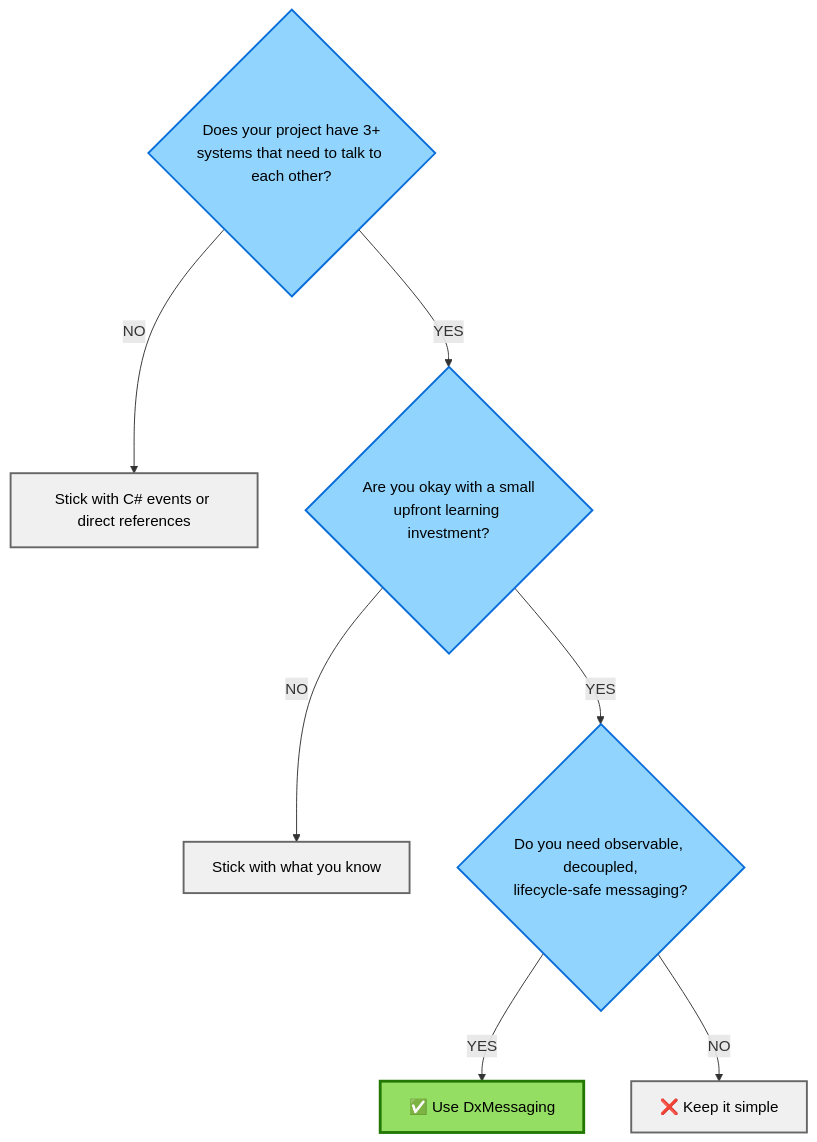
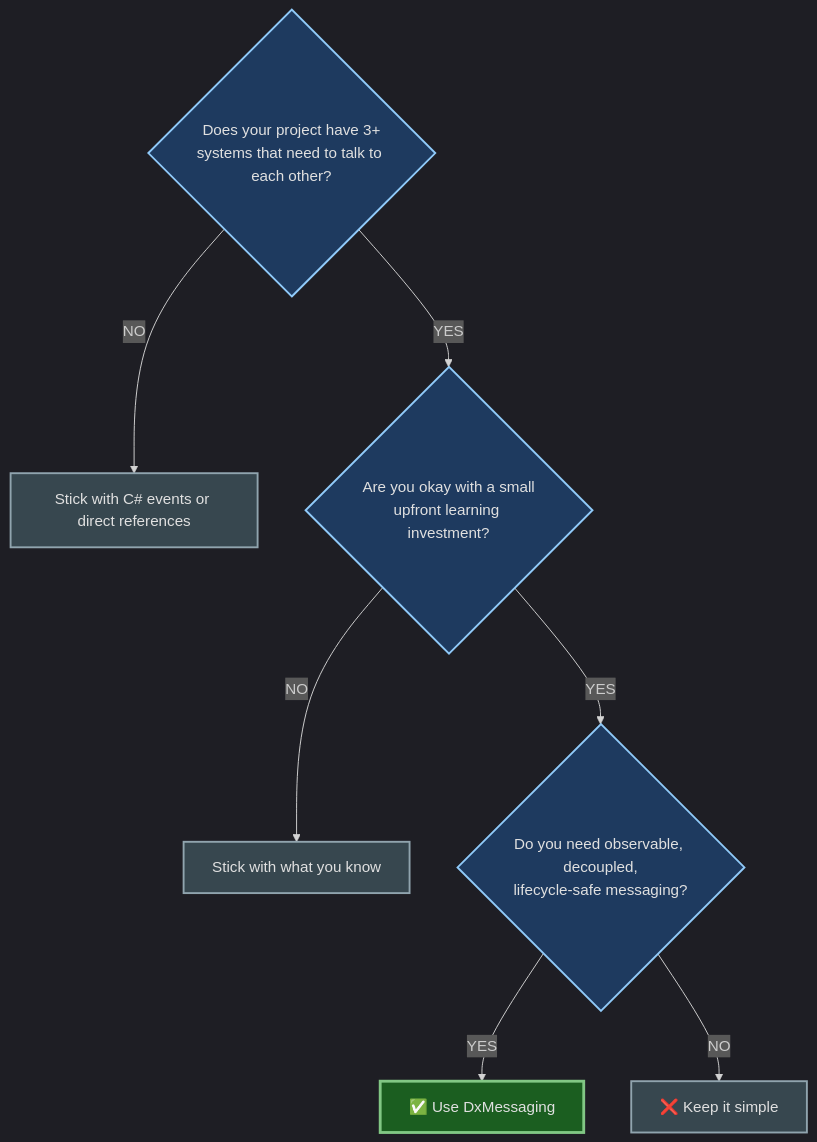
One commit to wallstop/DxMessaging changed the first of 2 diagrams in README.md. Above: the diagram before and after it, drawn with Mermaid. The commit also changed other lines of this file and 24 other files, not shown here.

Commit message:
Mermaid overhaul, change most test assemblies to be editor

````diff
--- a/README.md
+++ b/README.md
@@ -221,22 +221,23 @@
 ```mermaid
+%%{init: {'theme': 'dark'}}%%
 flowchart TD
     Q1{Does your project have 3+<br/>systems that need to talk to each other?}
     Q1 -->|NO| A1[Stick with C# events or direct references]
     Q1 -->|YES| Q2
 
     Q2{Are you okay with a small<br/>upfront learning investment?}
     Q2 -->|NO| A2[Stick with what you know]
     Q2 -->|YES| Q3
 
     Q3{Do you need observable, decoupled,<br/>lifecycle-safe messaging?}
     Q3 -->|YES| A3["✅ Use DxMessaging"]
     Q3 -->|NO| A4["❌ Keep it simple"]
 
-    style Q1 fill:#91d5ff,stroke:#096dd9,stroke-width:2px,color:#000
-    style Q2 fill:#91d5ff,stroke:#096dd9,stroke-width:2px,color:#000
-    style Q3 fill:#91d5ff,stroke:#096dd9,stroke-width:2px,color:#000
-    style A1 fill:#f0f0f0,stroke:#666,stroke-width:2px,color:#000
-    style A2 fill:#f0f0f0,stroke:#666,stroke-width:2px,color:#000
-    style A3 fill:#95de64,stroke:#237804,stroke-width:3px,color:#000
-    style A4 fill:#f0f0f0,stroke:#666,stroke-width:2px,color:#000
+    style Q1 fill:#1e3a5f,stroke:#90caf9,stroke-width:2px,color:#e0e0e0
+    style Q2 fill:#1e3a5f,stroke:#90caf9,stroke-width:2px,color:#e0e0e0
+    style Q3 fill:#1e3a5f,stroke:#90caf9,stroke-width:2px,color:#e0e0e0
+    style A1 fill:#37474f,stroke:#90a4ae,stroke-width:2px,color:#e0e0e0
+    style A2 fill:#37474f,stroke:#90a4ae,stroke-width:2px,color:#e0e0e0
+    style A3 fill:#1b5e20,stroke:#81c784,stroke-width:3px,color:#e0e0e0
+    style A4 fill:#37474f,stroke:#90a4ae,stroke-width:2px,color:#e0e0e0
 ```
````
